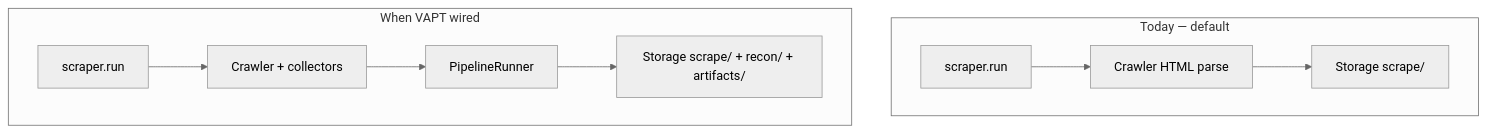
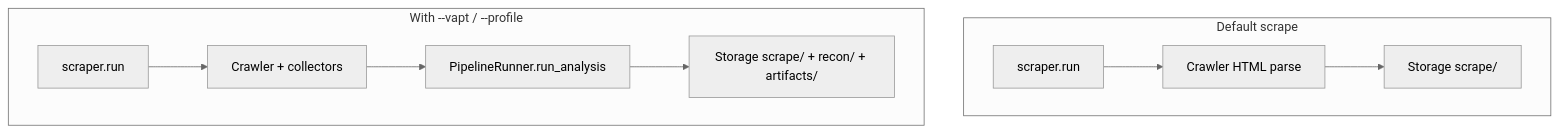
The fifth of 5 diagrams in docs/architecture/VAPT.md (Shellghostt/WebVac), drawn with Mermaid (neutral theme) before and after one commit. The commit also changed other lines of this file and 52 other files, not shown here.

````diff
--- a/docs/architecture/VAPT.md
+++ b/docs/architecture/VAPT.md
@@ -142,13 +149,13 @@
 ```mermaid
 flowchart TB
-  subgraph today [Today — default]
+  subgraph today [Default scrape]
     A[scraper.run] --> B[Crawler HTML parse]
     B --> C[Storage scrape/]
   end
 
-  subgraph future [When VAPT wired]
+  subgraph vapt [With --vapt / --profile]
     A2[scraper.run] --> B2[Crawler + collectors]
-    B2 --> R[PipelineRunner]
+    B2 --> R[PipelineRunner.run_analysis]
     R --> D[Storage scrape/ + recon/ + artifacts/]
   end
 ```
````
